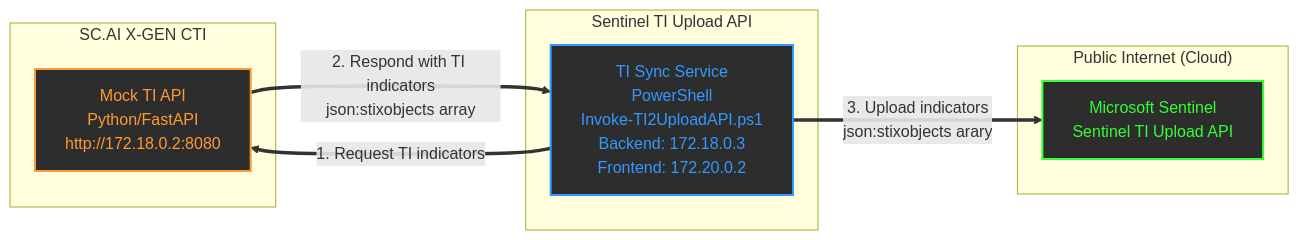
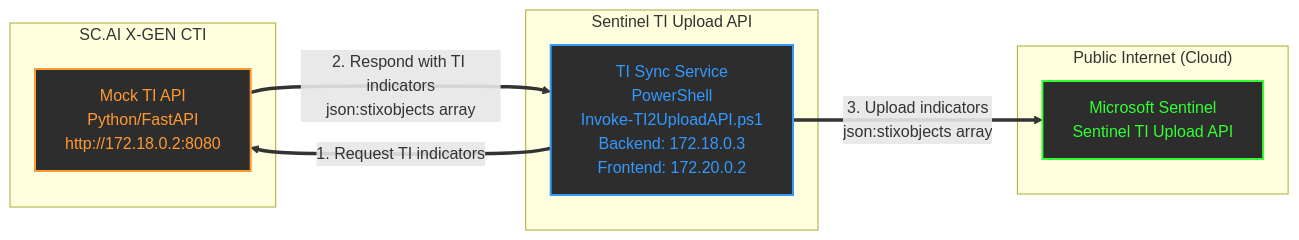
One commit to dcodev1702/Sentinel-TI-Upload-with-Mock-TI-API changed the diagram in README.md. Above: the diagram before and after it, drawn with Mermaid.

Commit message:
Fix typo in README regarding JSON array

````diff
--- a/README.md
+++ b/README.md
@@ -6,22 +6,22 @@
 ```mermaid
 graph LR
     subgraph "SC.AI X-GEN CTI"
         A[Mock TI API<br/>Python/FastAPI<br/>http://172.18.0.2:8080]
     end
     
     subgraph "Sentinel TI Upload API"
         B[TI Sync Service<br/>PowerShell<br/>Invoke-TI2UploadAPI.ps1<br/>Backend: 172.18.0.3<br/>Frontend: 172.20.0.2]
     end
     
     subgraph "Public Internet (Cloud)"
         C[Microsoft Sentinel<br/>Sentinel TI Upload API]
     end
 
     A ==>|2. Respond with TI indicators<br/>json:stixobjects array| B
     B ==>|1. Request TI indicators| A
-    B ==>|3. Upload indicators<br/>json:stixobjects arary| C
+    B ==>|3. Upload indicators<br/>json:stixobjects array| C
     
     style A fill:#2d2d2d,stroke:#ff9933,stroke-width:2px,color:#ff9933
     style B fill:#2d2d2d,stroke:#3399ff,stroke-width:2px,color:#3399ff
     style C fill:#2d2d2d,stroke:#33ff33,stroke-width:2px,color:#33ff33
 ```
````
